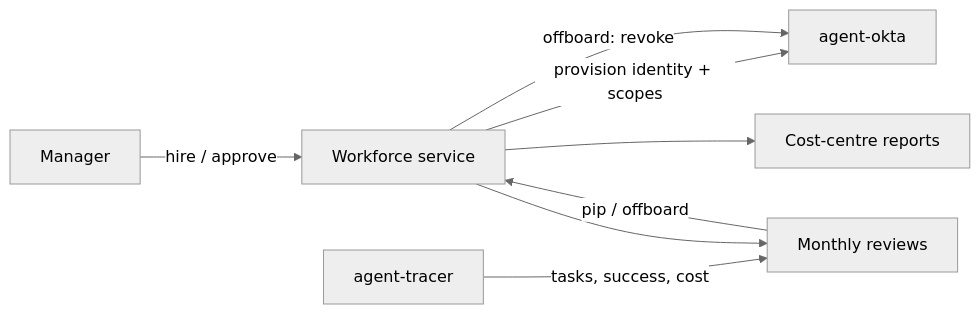
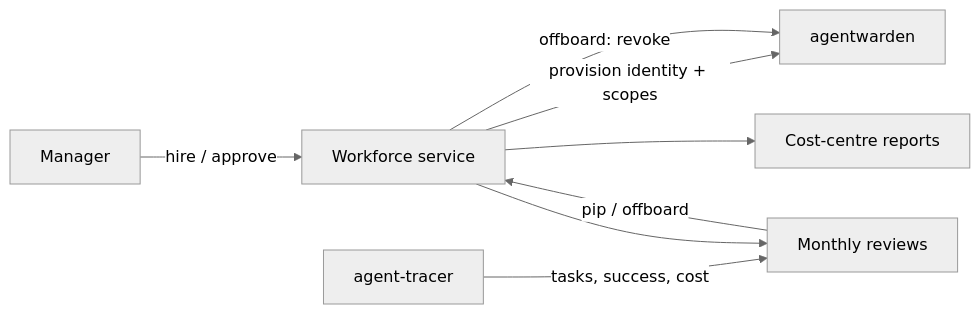
Before and after one commit to eliem08/agent-workforce: the diagram in ARCHITECTURE.md, drawn with Mermaid (neutral theme). The commit also changed other lines of this file and 5 other files, not shown here.

````diff
--- a/ARCHITECTURE.md
+++ b/ARCHITECTURE.md
@@ -11,10 +11,10 @@
 ```mermaid
 flowchart LR
   Manager -->|hire / approve| WF[Workforce service]
-  WF -->|provision identity + scopes| Okta[agent-okta]
+  WF -->|provision identity + scopes| Okta[agentwarden]
   Tracer[agent-tracer] -->|tasks, success, cost| Reviews
   WF --> Reviews[Monthly reviews]
   Reviews -->|pip / offboard| WF
   WF -->|offboard: revoke| Okta
   WF --> Finance[Cost-centre reports]
 ```
````
